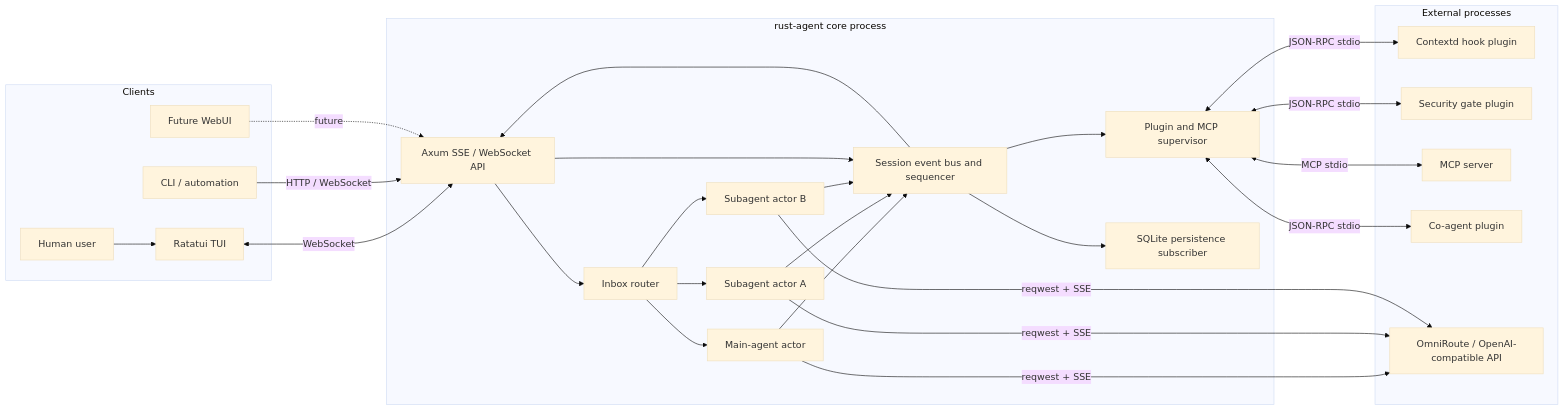
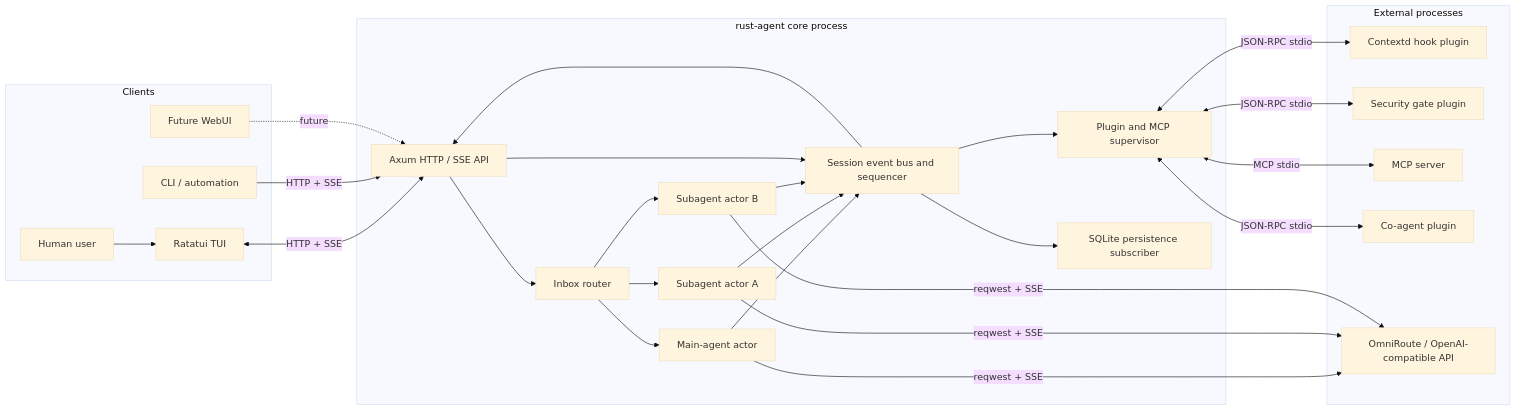
The first of 2 diagrams in docs/SPEC.md (PixmaNts/withnav), drawn with Mermaid (base theme) before and after one commit. The commit also changed other lines of this file and 4 other files, not shown here.

Commit message:
docs(tui): module map, data flow, HTTP+SSE spec, changelog, --url token help

````diff
--- a/docs/SPEC.md
+++ b/docs/SPEC.md
@@ -154,56 +154,56 @@
 ```mermaid
 flowchart LR
     subgraph Clients
         TUI[Ratatui TUI]
         WEB[Future WebUI]
         CLI[CLI / automation]
         USER[Human user]
     end
 
     subgraph Core["rust-agent core process"]
-        API[Axum SSE / WebSocket API]
+        API[Axum HTTP / SSE API]
         ROUTER[Inbox router]
         BUS[Session event bus and sequencer]
         MAIN[Main-agent actor]
         SUB1[Subagent actor A]
         SUB2[Subagent actor B]
         SUP[Plugin and MCP supervisor]
         STORE[SQLite persistence subscriber]
     end
 
     subgraph External["External processes"]
         HOOK1[Contextd hook plugin]
         HOOK2[Security gate plugin]
         MCP1[MCP server]
         CO[Co-agent plugin]
         MODEL[OmniRoute / OpenAI-compatible API]
     end
 
     USER --> TUI
-    TUI <-->|WebSocket| API
-    CLI -->|HTTP / WebSocket| API
+    TUI <-->|HTTP + SSE| API
+    CLI -->|HTTP + SSE| API
     WEB -. future .-> API
 
     API --> ROUTER
     ROUTER --> MAIN
     ROUTER --> SUB1
     ROUTER --> SUB2
 
     MAIN --> BUS
     SUB1 --> BUS
     SUB2 --> BUS
     API --> BUS
 
     BUS --> API
     BUS --> STORE
     BUS --> SUP
 
     MAIN -->|reqwest + SSE| MODEL
     SUB1 -->|reqwest + SSE| MODEL
     SUB2 -->|reqwest + SSE| MODEL
 
     SUP <-->|JSON-RPC stdio| HOOK1
     SUP <-->|JSON-RPC stdio| HOOK2
     SUP <-->|MCP stdio| MCP1
     SUP <-->|JSON-RPC stdio| CO
 ```
````
